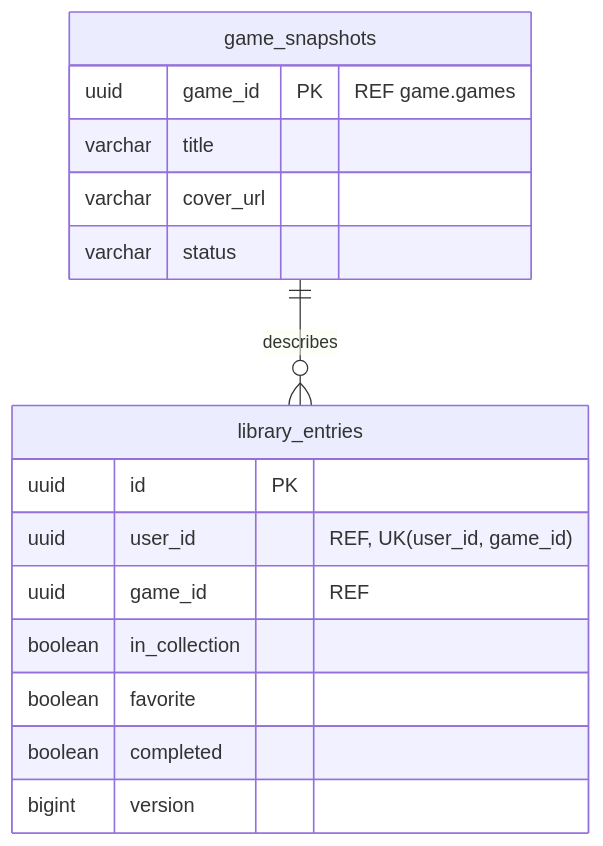
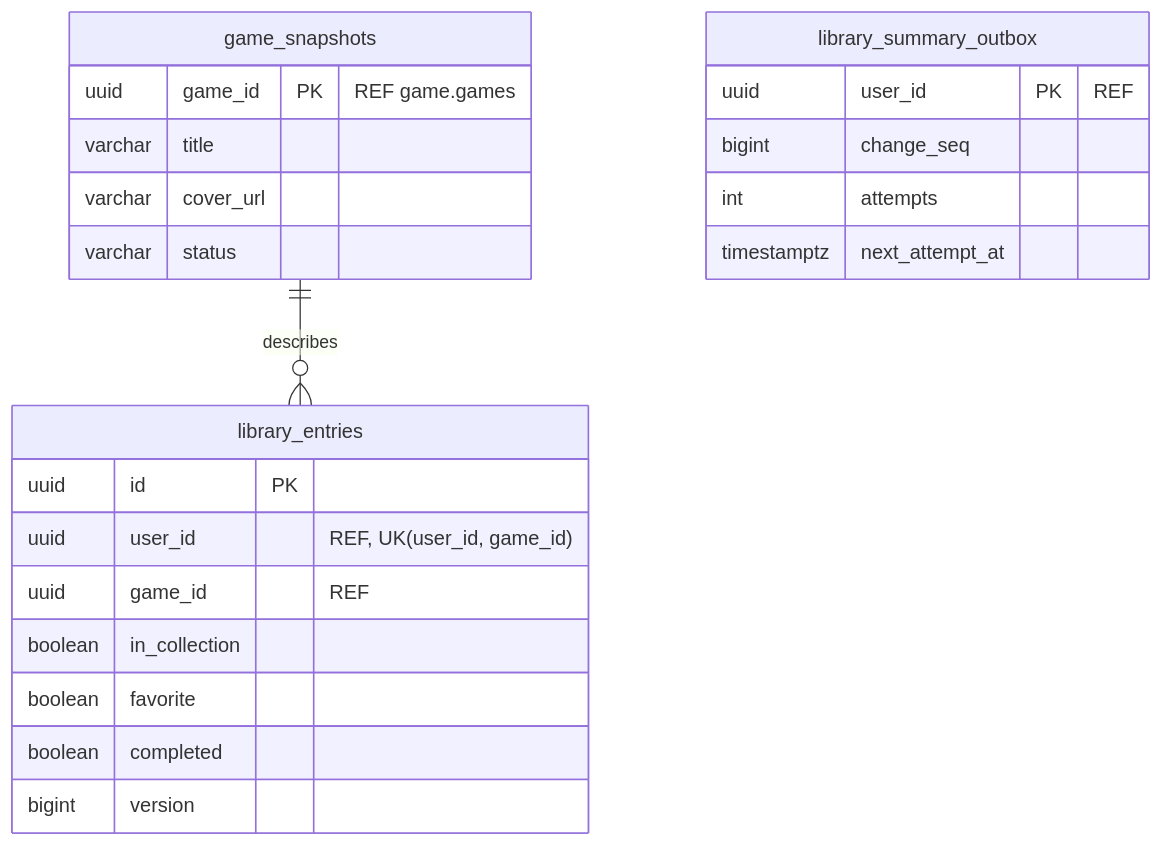
One commit to alperrte/lobbytwozero changed diagram 11 of 32 in docs/er-diagram.md. Above: the diagram before and after it, drawn with Mermaid. The commit also changed other lines of this file and 24 other files, not shown here.

````diff
--- a/docs/er-diagram.md
+++ b/docs/er-diagram.md
@@ -607,20 +607,26 @@
 ```mermaid
 erDiagram
   game_snapshots ||--o{ library_entries : describes
 
   library_entries {
     uuid id PK
     uuid user_id "REF, UK(user_id, game_id)"
     uuid game_id "REF"
     boolean in_collection
     boolean favorite
     boolean completed
     bigint version
   }
   game_snapshots {
     uuid game_id PK "REF game.games"
     varchar title
     varchar cover_url
     varchar status
   }
+  library_summary_outbox {
+    uuid user_id PK "REF"
+    bigint change_seq
+    int attempts
+    timestamptz next_attempt_at
+  }
 ```
````
